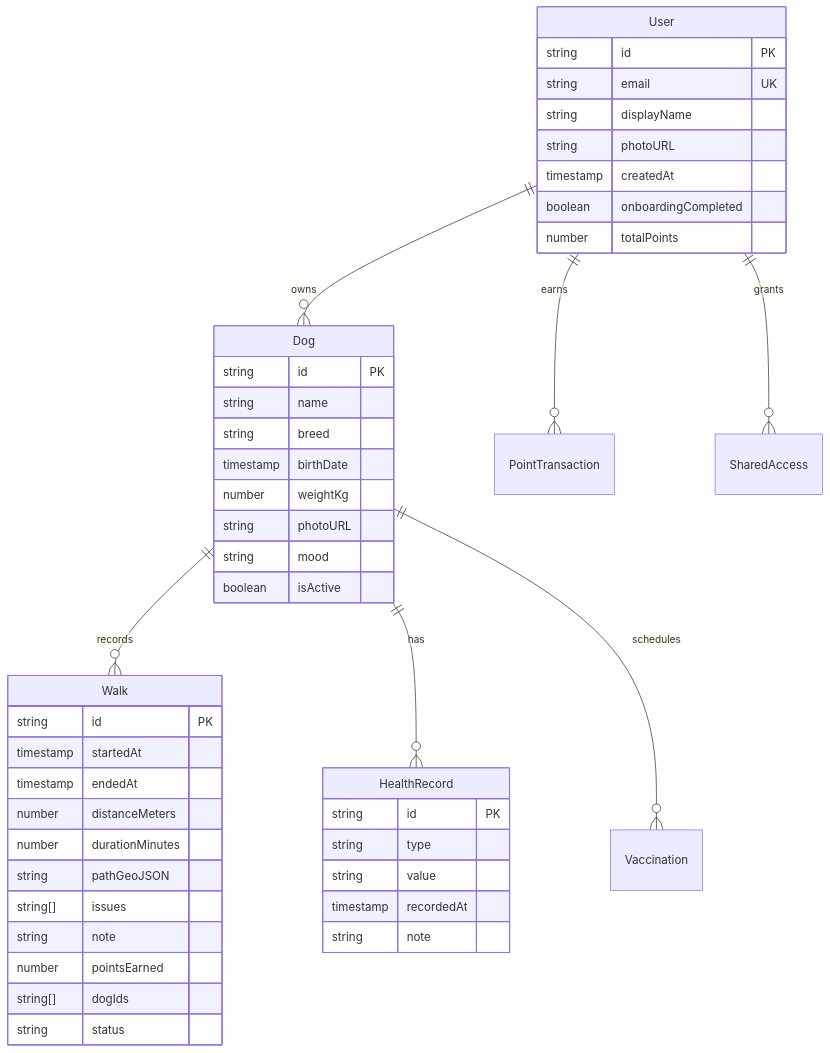
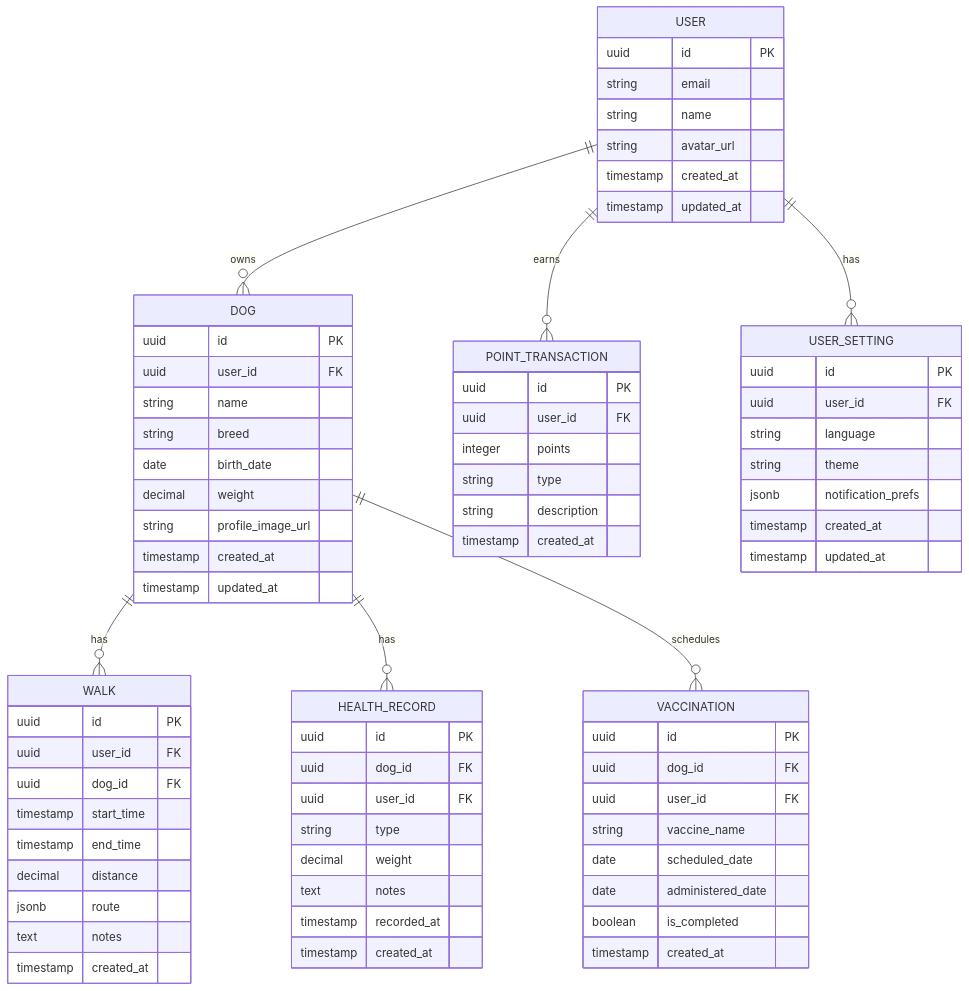
One commit to zloot63/dognote changed the diagram in docs/02-architecture/database-design.md. Above: the diagram before and after it, drawn with Mermaid. The commit also changed other lines of this file and 9 other files, not shown here.

````diff
--- a/docs/02-architecture/database-design.md
+++ b/docs/02-architecture/database-design.md
@@ -94,52 +64,83 @@
 ```mermaid
 erDiagram
-    User ||--o{ Dog : owns
-    Dog ||--o{ Walk : records
-    Dog ||--o{ HealthRecord : has
-    Dog ||--o{ Vaccination : schedules
-    User ||--o{ PointTransaction : earns
-    User ||--o{ SharedAccess : grants
+    USER ||--o{ DOG : owns
+    DOG ||--o{ WALK : has
+    DOG ||--o{ HEALTH_RECORD : has
+    DOG ||--o{ VACCINATION : schedules
+    USER ||--o{ POINT_TRANSACTION : earns
+    USER ||--o{ USER_SETTING : has
 
-    User {
-        string id PK
-        string email UK
-        string displayName
-        string photoURL
-        timestamp createdAt
-        boolean onboardingCompleted
-        number totalPoints
+    USER {
+        uuid id PK
+        string email
+        string name
+        string avatar_url
+        timestamp created_at
+        timestamp updated_at
     }
 
-    Dog {
-        string id PK
+    DOG {
+        uuid id PK
+        uuid user_id FK
         string name
         string breed
-        timestamp birthDate
-        number weightKg
-        string photoURL
-        string mood
-        boolean isActive
+        date birth_date
+        decimal weight
+        string profile_image_url
+        timestamp created_at
+        timestamp updated_at
     }
 
-    Walk {
-        string id PK
-        timestamp startedAt
-        timestamp endedAt
-        number distanceMeters
-        number durationMinutes
-        string pathGeoJSON
-        string[] issues
-        string note
-        number pointsEarned
-        string[] dogIds
-        string status
+    WALK {
+        uuid id PK
+        uuid user_id FK
+        uuid dog_id FK
+        timestamp start_time
+        timestamp end_time
+        decimal distance
+        jsonb route
+        text notes
+        timestamp created_at
     }
 
-    HealthRecord {
-        string id PK
+    HEALTH_RECORD {
+        uuid id PK
+        uuid dog_id FK
+        uuid user_id FK
         string type
-        string value
-        timestamp recordedAt
-        string note
+        decimal weight
+        text notes
+        timestamp recorded_at
+        timestamp created_at
+    }
+
+    VACCINATION {
+        uuid id PK
+        uuid dog_id FK
+        uuid user_id FK
+        string vaccine_name
+        date scheduled_date
+        date administered_date
+        boolean is_completed
+        timestamp created_at
+    }
+
+    POINT_TRANSACTION {
+        uuid id PK
+        uuid user_id FK
+        integer points
+        string type
+        string description
+        timestamp created_at
+    }
+
+    USER_SETTING {
+        uuid id PK
+        uuid user_id FK
+        string language
+        string theme
+        jsonb notification_prefs
+        timestamp created_at
+        timestamp updated_at
     }
 ```
````
